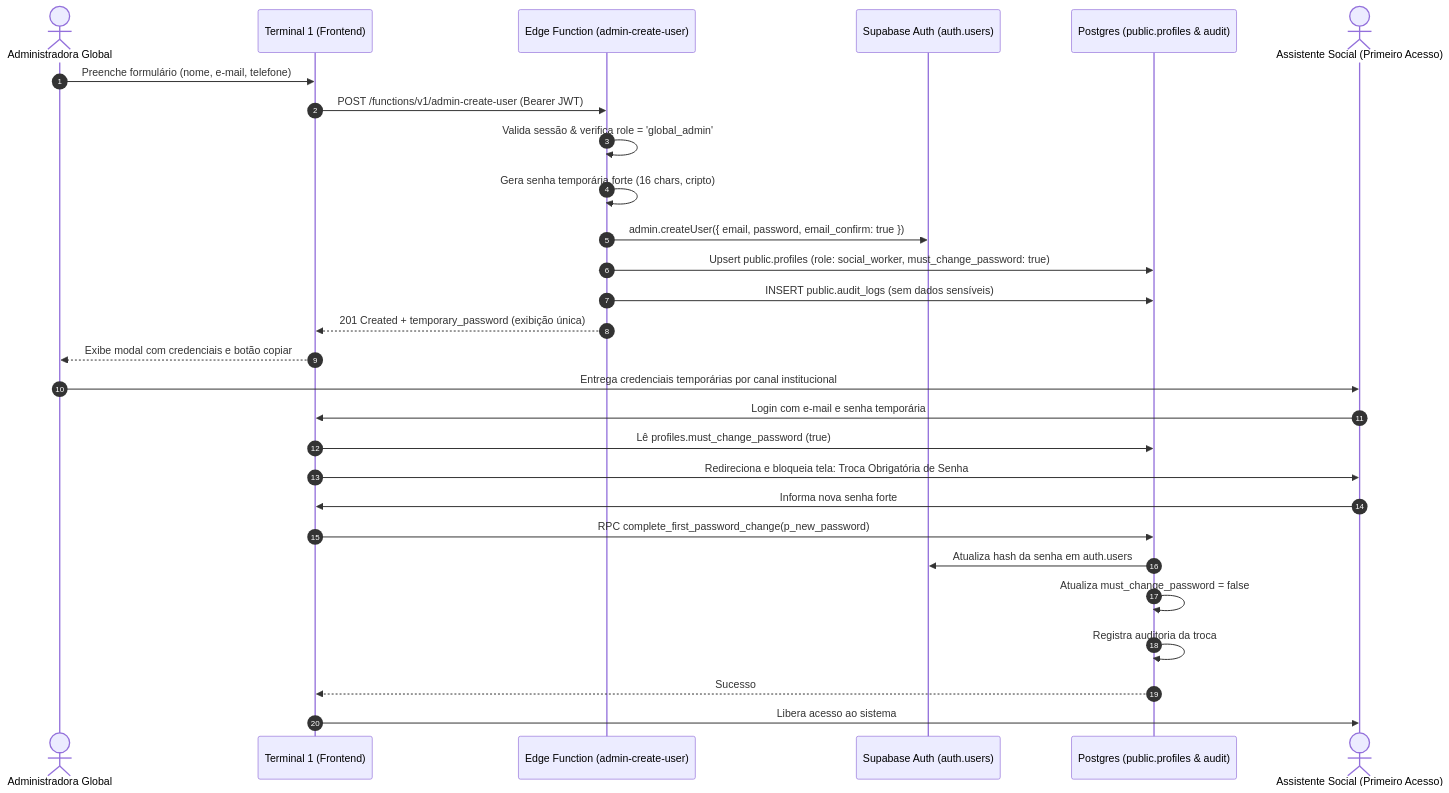
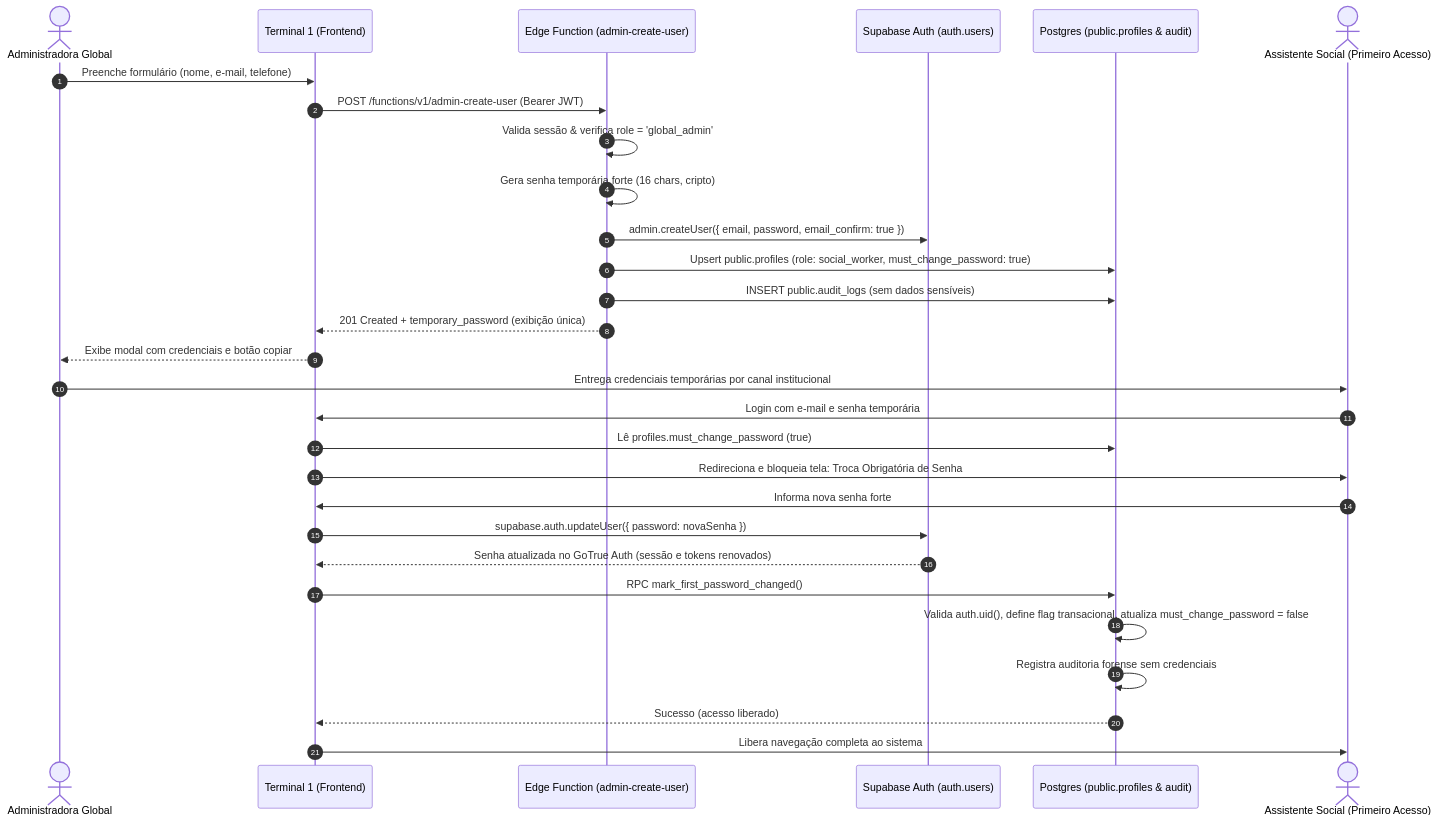
The diagram in docs/backend/10_admin_create_user_and_first_access.md (SALOMBRAS/assistsocial), drawn with Mermaid before and after one commit. The commit also changed other lines of this file and 13 other files, not shown here.

````diff
--- a/docs/backend/10_admin_create_user_and_first_access.md
+++ b/docs/backend/10_admin_create_user_and_first_access.md
@@ -11,32 +11,33 @@
 ```mermaid
 sequenceDiagram
     autonumber
     actor Admin as Administradora Global
     participant Web as Terminal 1 (Frontend)
     participant Edge as Edge Function (admin-create-user)
     participant Auth as Supabase Auth (auth.users)
     participant DB as Postgres (public.profiles & audit)
     actor Worker as Assistente Social (Primeiro Acesso)
 
     Admin->>Web: Preenche formulário (nome, e-mail, telefone)
     Web->>Edge: POST /functions/v1/admin-create-user (Bearer JWT)
     Edge->>Edge: Valida sessão & verifica role = 'global_admin'
     Edge->>Edge: Gera senha temporária forte (16 chars, cripto)
     Edge->>Auth: admin.createUser({ email, password, email_confirm: true })
     Edge->>DB: Upsert public.profiles (role: social_worker, must_change_password: true)
     Edge->>DB: INSERT public.audit_logs (sem dados sensíveis)
     Edge-->>Web: 201 Created + temporary_password (exibição única)
     Web-->>Admin: Exibe modal com credenciais e botão copiar
     Admin->>Worker: Entrega credenciais temporárias por canal institucional
 
     Worker->>Web: Login com e-mail e senha temporária
     Web->>DB: Lê profiles.must_change_password (true)
     Web->>Worker: Redireciona e bloqueia tela: Troca Obrigatória de Senha
     Worker->>Web: Informa nova senha forte
-    Web->>DB: RPC complete_first_password_change(p_new_password)
-    DB->>Auth: Atualiza hash da senha em auth.users
-    DB->>DB: Atualiza must_change_password = false
-    DB->>DB: Registra auditoria da troca
-    DB-->>Web: Sucesso
-    Web->>Worker: Libera acesso ao sistema
+    Web->>Auth: supabase.auth.updateUser({ password: novaSenha })
+    Auth-->>Web: Senha atualizada no GoTrue Auth (sessão e tokens renovados)
+    Web->>DB: RPC mark_first_password_changed()
+    DB->>DB: Valida auth.uid(), define flag transacional, atualiza must_change_password = false
+    DB->>DB: Registra auditoria forense sem credenciais
+    DB-->>Web: Sucesso (acesso liberado)
+    Web->>Worker: Libera navegação completa ao sistema
 ```
````
